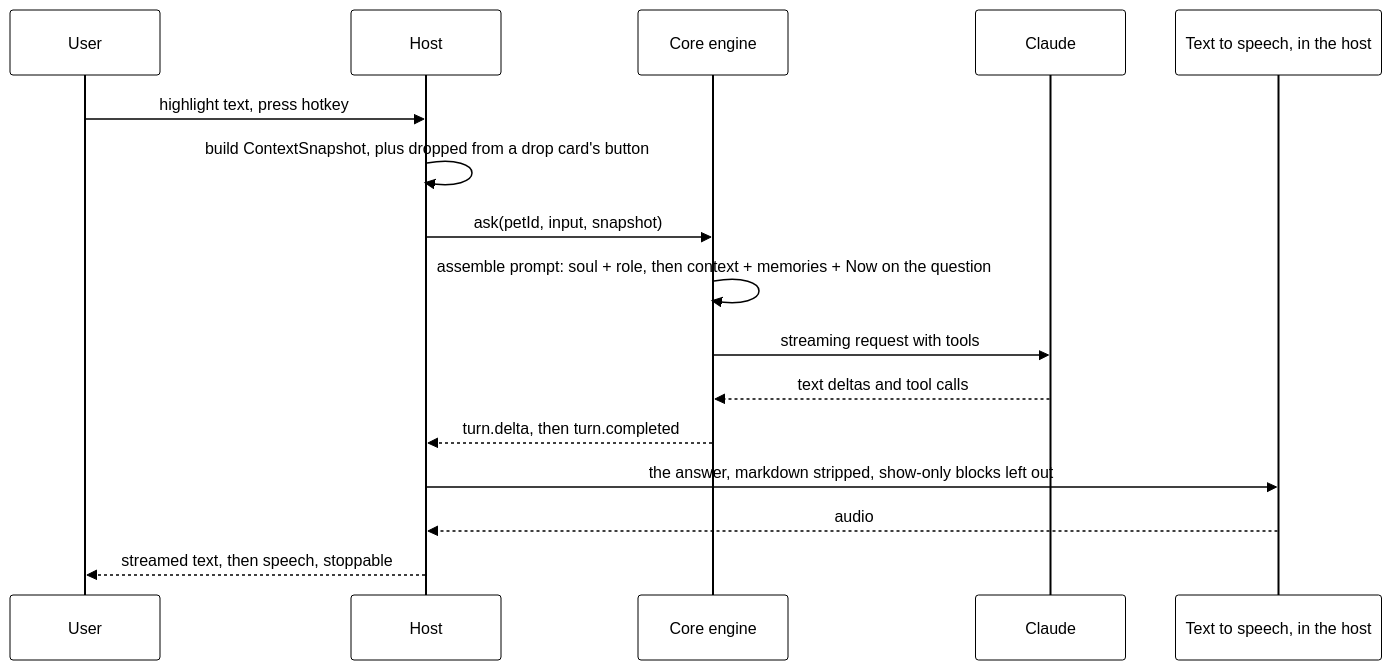
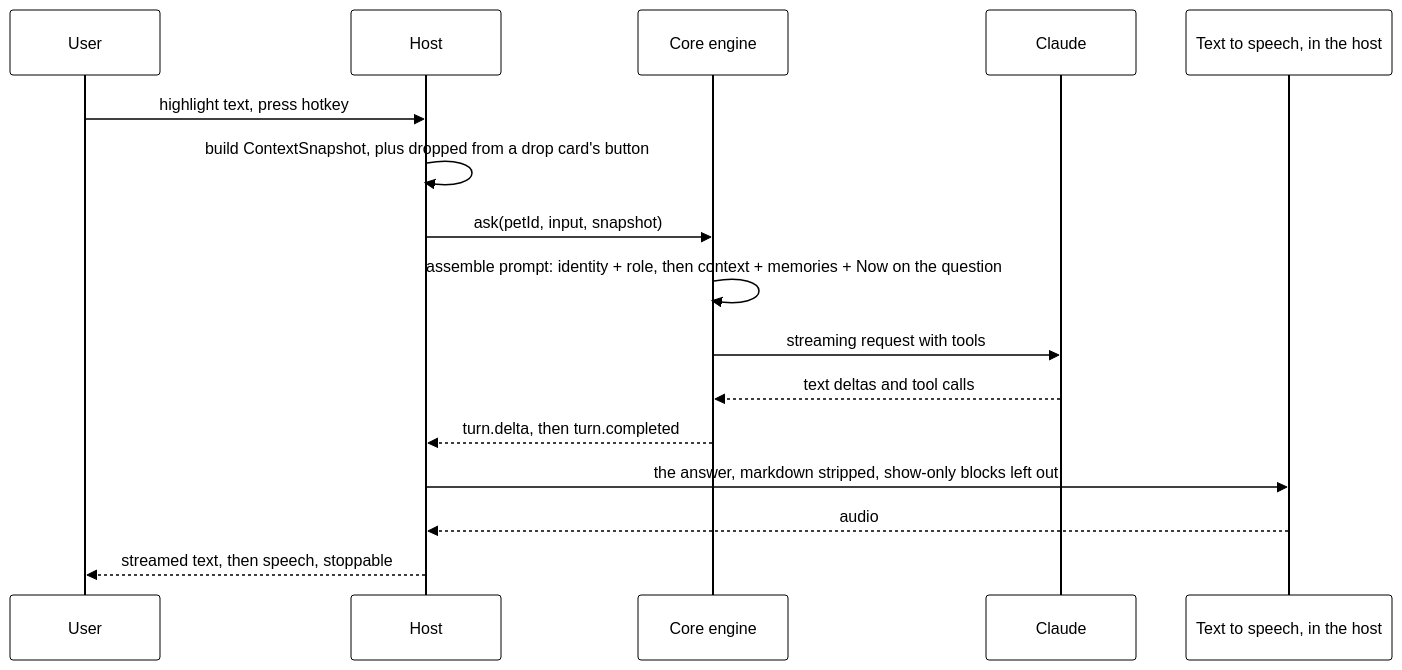
One commit to nadeem4/tagalong changed the third of 19 diagrams in docs/architecture.md. Above: the diagram before and after it, drawn with Mermaid. The commit also changed other lines of this file and 23 other files, not shown here.

First line of the commit message:
Split identity into constitution and soul, named once

````diff
--- a/docs/architecture.md
+++ b/docs/architecture.md
@@ -234,19 +234,19 @@
 ```mermaid
 %%{init: {"theme": "base", "themeVariables": {"primaryColor": "#ffffff", "primaryTextColor": "#000000", "primaryBorderColor": "#000000", "lineColor": "#000000", "actorBkg": "#ffffff", "actorBorder": "#000000", "signalColor": "#000000", "signalTextColor": "#000000", "noteBkgColor": "#ffffff", "noteBorderColor": "#000000"}}}%%
 sequenceDiagram
   participant U as User
   participant H as Host
   participant C as Core engine
   participant A as Claude
   participant T as Text to speech, in the host
   U->>H: highlight text, press hotkey
   H->>H: build ContextSnapshot, plus dropped from a drop card's button
   H->>C: ask(petId, input, snapshot)
-  C->>C: assemble prompt: soul + role, then context + memories + Now on the question
+  C->>C: assemble prompt: identity + role, then context + memories + Now on the question
   C->>A: streaming request with tools
   A-->>C: text deltas and tool calls
   C-->>H: turn.delta, then turn.completed
   H->>T: the answer, markdown stripped, show-only blocks left out
   T-->>H: audio
   H-->>U: streamed text, then speech, stoppable
 ```
````
